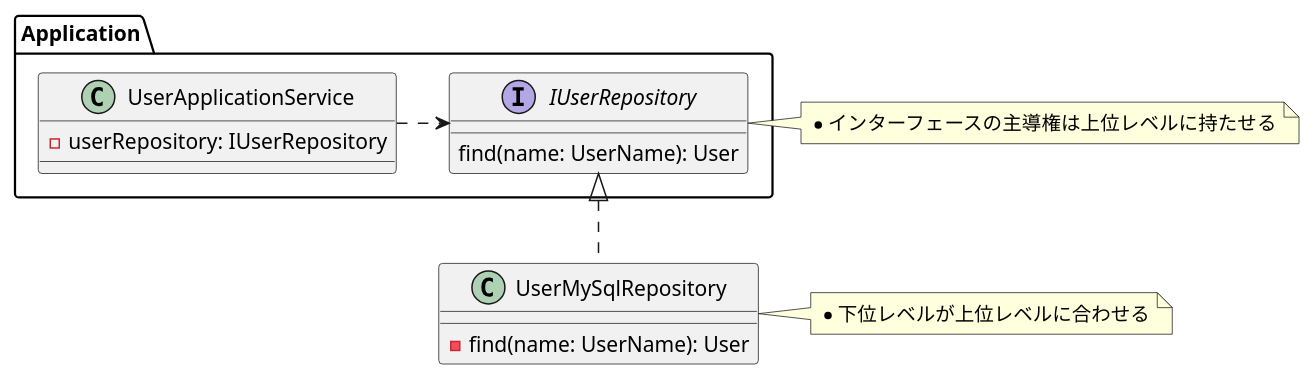
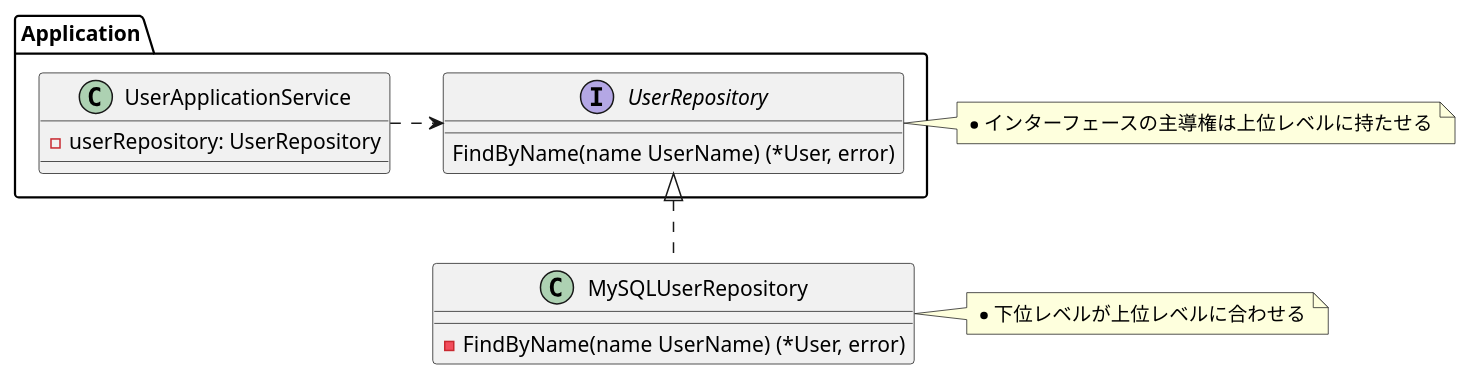
Before and after one commit to Yuki-TU/ddd: the diagram in diagrams/ch07-interface-ownership.puml, drawn with PlantUML. The commit also changed 40 other files, not shown here.

Commit message:
サンプルと図を Go の慣習に揃え、DDD の説明コメントを残す。

```diff
--- a/diagrams/ch07-interface-ownership.puml
+++ b/diagrams/ch07-interface-ownership.puml
@@ -1,24 +1,24 @@
 @startuml
 package Application {
   class UserApplicationService {
-    - userRepository: IUserRepository
+    - userRepository: UserRepository
   }
 
-  interface IUserRepository {
-    find(name: UserName): User
+  interface UserRepository {
+    FindByName(name UserName) (*User, error)
   }
 }
 note right
 * インターフェースの主導権は上位レベルに持たせる
 endnote
 
-class UserMySqlRepository {
-  - find(name: UserName): User
+class MySQLUserRepository {
+  - FindByName(name UserName) (*User, error)
 }
 note right
 * 下位レベルが上位レベルに合わせる
 endnote
 
-IUserRepository <|.. UserMySqlRepository
-UserApplicationService .> IUserRepository
+UserRepository <|.. MySQLUserRepository
+UserApplicationService .> UserRepository
 @enduml
```
